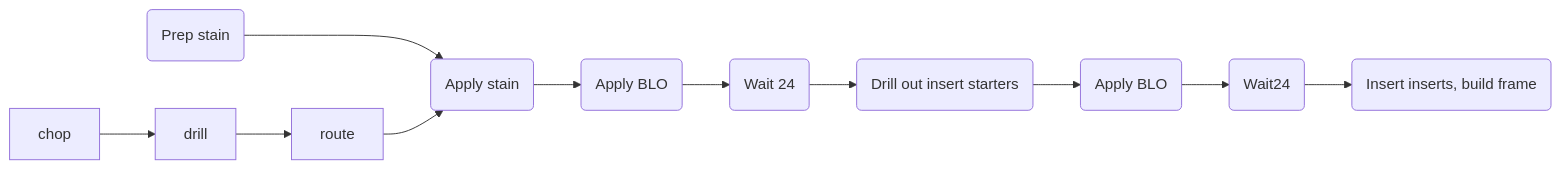
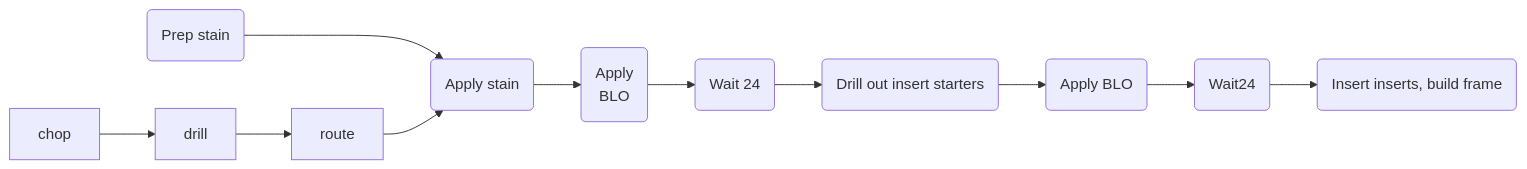
The diagram in README.md (frankburgs/wood), drawn with Mermaid before and after one commit.

````diff
--- a/README.md
+++ b/README.md
@@ -1,25 +1,25 @@
 ```mermaid
 
 flowchart LR
 
     id1(Prep stain) ---> id2(Apply stain)
     
     chop-->drill
     
     drill-->route
     
     route-->id2
     
-    id2-->applyBLO1(Apply BLO)
+    id2-->applyBLO1(Apply <br> BLO)
     
     applyBLO1-->wait241(Wait 24)
     
     wait241-->drillInserts(Drill out insert starters)
     
     drillInserts-->applyBLO2(Apply BLO)
     
     applyBLO2-->wait242(Wait24)
     
     wait242-->inserts(Insert inserts, build frame)
     
 ```
````
